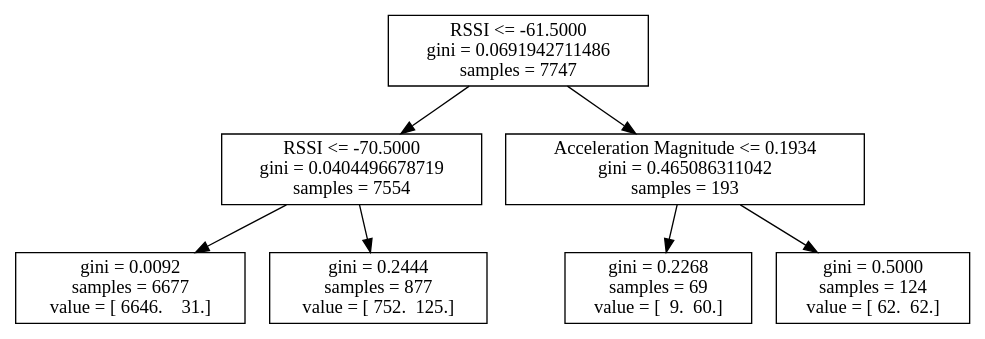
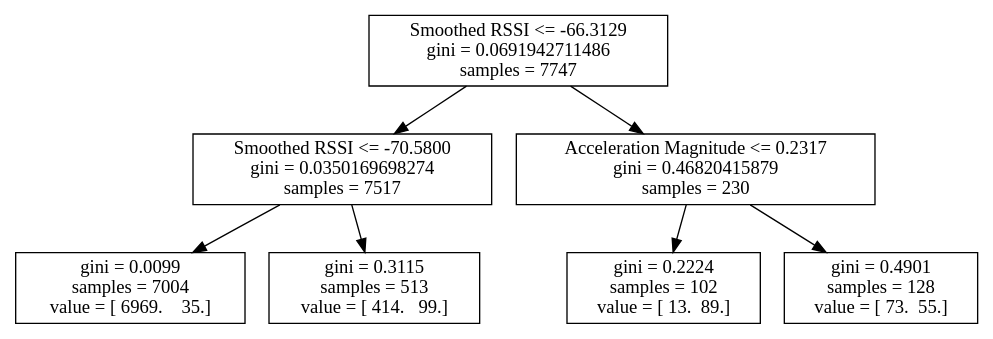
Before and after one commit to atitus5/6s062-Project: the diagram in logs/4_19/log20.dot, drawn with Graphviz. The commit also changed 75 other files, not shown here.

```diff
--- a/logs/4_19/log20.dot
+++ b/logs/4_19/log20.dot
@@ -1,15 +1,15 @@
 digraph Tree {
-0 [label="RSSI <= -61.5000\ngini = 0.0691942711486\nsamples = 7747", shape="box"] ;
-1 [label="RSSI <= -70.5000\ngini = 0.0404496678719\nsamples = 7554", shape="box"] ;
+0 [label="Smoothed RSSI <= -66.3129\ngini = 0.0691942711486\nsamples = 7747", shape="box"] ;
+1 [label="Smoothed RSSI <= -70.5800\ngini = 0.0350169698274\nsamples = 7517", shape="box"] ;
 0 -> 1 ;
-2 [label="gini = 0.0092\nsamples = 6677\nvalue = [ 6646.    31.]", shape="box"] ;
+2 [label="gini = 0.0099\nsamples = 7004\nvalue = [ 6969.    35.]", shape="box"] ;
 1 -> 2 ;
-3 [label="gini = 0.2444\nsamples = 877\nvalue = [ 752.  125.]", shape="box"] ;
+3 [label="gini = 0.3115\nsamples = 513\nvalue = [ 414.   99.]", shape="box"] ;
 1 -> 3 ;
-4 [label="Acceleration Magnitude <= 0.1934\ngini = 0.465086311042\nsamples = 193", shape="box"] ;
+4 [label="Acceleration Magnitude <= 0.2317\ngini = 0.46820415879\nsamples = 230", shape="box"] ;
 0 -> 4 ;
-5 [label="gini = 0.2268\nsamples = 69\nvalue = [  9.  60.]", shape="box"] ;
+5 [label="gini = 0.2224\nsamples = 102\nvalue = [ 13.  89.]", shape="box"] ;
 4 -> 5 ;
-6 [label="gini = 0.5000\nsamples = 124\nvalue = [ 62.  62.]", shape="box"] ;
+6 [label="gini = 0.4901\nsamples = 128\nvalue = [ 73.  55.]", shape="box"] ;
 4 -> 6 ;
 }
```
